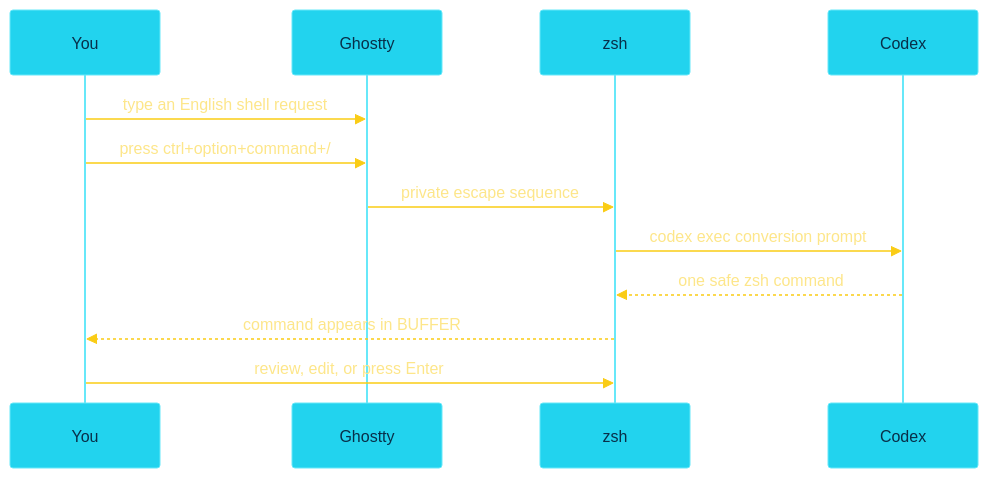
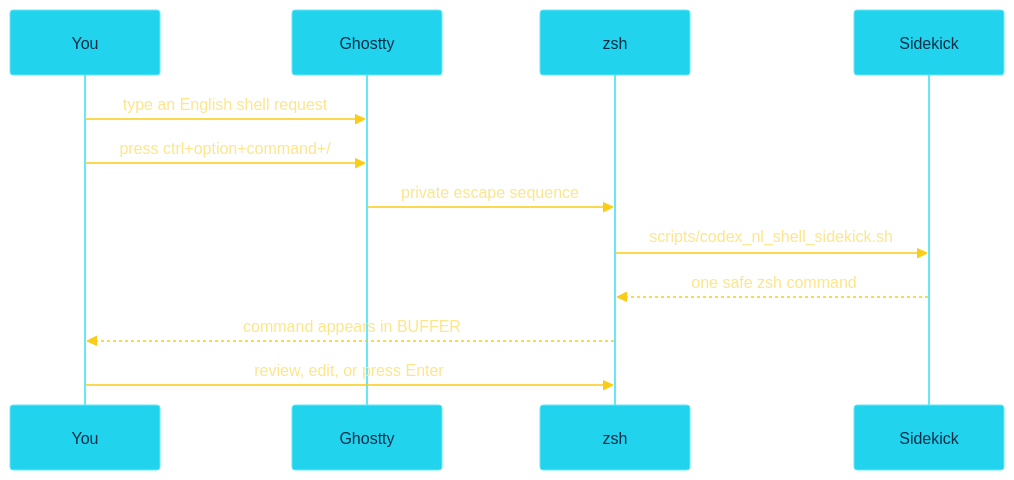
Before and after one commit to ashgithub/ai-sidekick: the diagram in docs/presentations/codex-nl-shell.md, drawn with Mermaid. The commit also changed other lines of this file and 69 other files, not shown here.

Commit message:
Finish Codex sidekick integrations

````diff
--- a/docs/presentations/codex-nl-shell.md
+++ b/docs/presentations/codex-nl-shell.md
@@ -23,16 +23,16 @@
 ```mermaid
 %%{init: {"theme": "base", "themeVariables": {"background": "#0f172a", "actorBkg": "#22d3ee", "actorBorder": "#67e8f9", "actorTextColor": "#082f49", "signalColor": "#facc15", "signalTextColor": "#fde68a", "activationBkgColor": "#a78bfa", "activationBorderColor": "#ddd6fe", "fontFamily": "JetBrains Mono"}}}%%
 sequenceDiagram
     participant You
     participant Ghostty
     participant zsh
-    participant Codex
+    participant Sidekick
 
     You->>Ghostty: type an English shell request
     You->>Ghostty: press ctrl+option+command+/
     Ghostty->>zsh: private escape sequence
-    zsh->>Codex: codex exec conversion prompt
-    Codex-->>zsh: one safe zsh command
+    zsh->>Sidekick: scripts/codex_nl_shell_sidekick.sh
+    Sidekick-->>zsh: one safe zsh command
     zsh-->>You: command appears in BUFFER
     You->>zsh: review, edit, or press Enter
 ```
````
